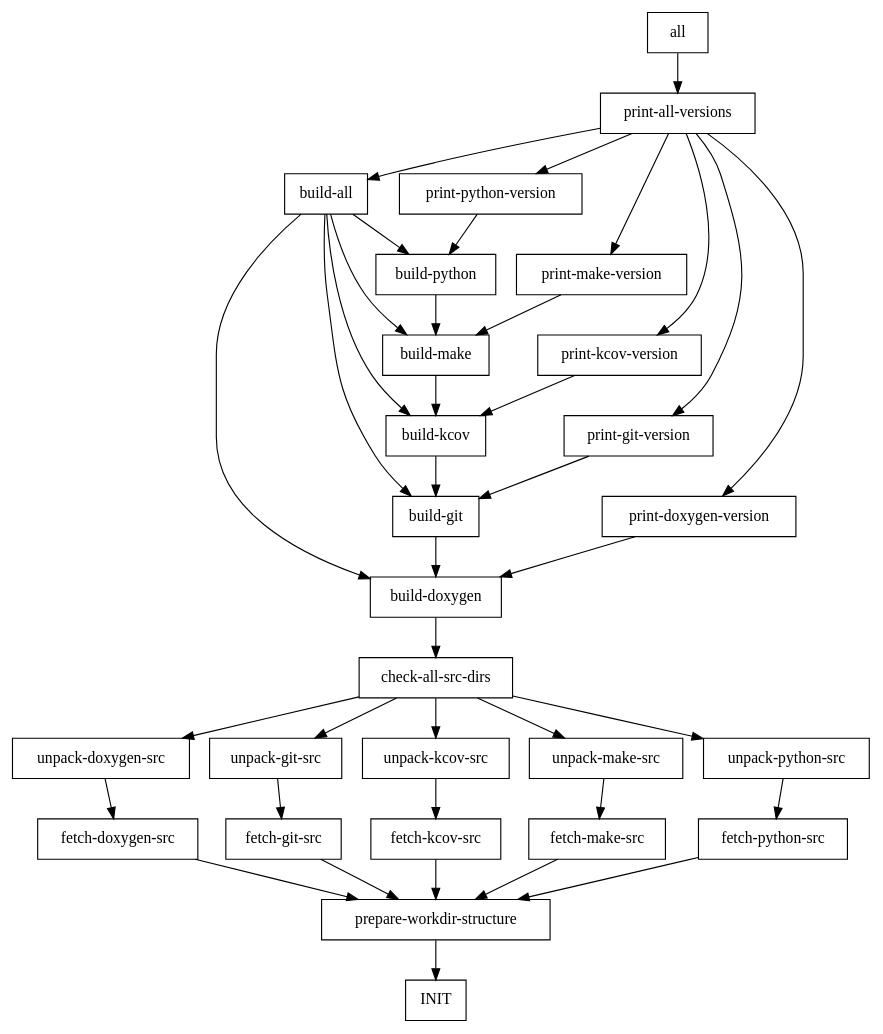
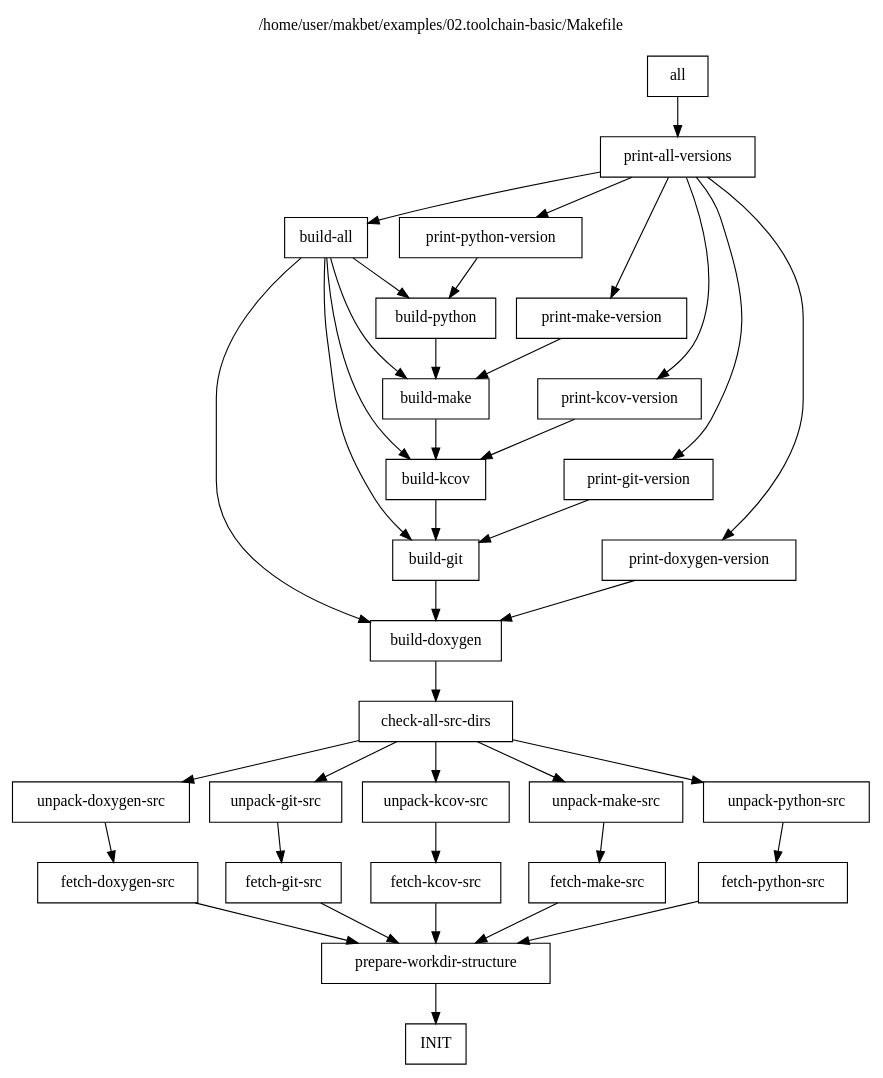
One commit to skaluzka/makbet changed the diagram in docs/examples/02.toolchain-basic/results.dot. Above: the diagram before and after it, drawn with Graphviz. The commit also changed other lines of this file and 9 other files, not shown here.

```diff
--- a/docs/examples/02.toolchain-basic/results.dot
+++ b/docs/examples/02.toolchain-basic/results.dot
@@ -1,78 +1,80 @@
-
 digraph {
 
-	// Generated automatically by makbet heads/master-0-g351d0e3
-	// Generation date: Sat 08 Aug 2020 10:51:10 PM CEST
+	// Generated automatically by makbet heads/master-0-g88262d1
+	// Generation date: Wed 19 Aug 2020 01:21:07 AM CEST
 	// Input: /home/user/makbet/examples/02.toolchain-basic/Makefile
+
+	// Graph title.
+	labelloc="t";
+	label="/home/user/makbet/examples/02.toolchain-basic/Makefile\n\n"
 
 	node [shape=box];
 
 	"all" -> "print-all-versions";
 
 	"build-all" -> "build-doxygen";
 	"build-all" -> "build-git";
 	"build-all" -> "build-kcov";
 	"build-all" -> "build-make";
 	"build-all" -> "build-python";
 
 	"build-doxygen" -> "check-all-src-dirs";
 
 	"build-git" -> "build-doxygen";
 
 	"build-kcov" -> "build-git";
 
 	"build-make" -> "build-kcov";
 
 	"build-python" -> "build-make";
 
 	"check-all-src-dirs" -> "unpack-doxygen-src";
 	"check-all-src-dirs" -> "unpack-git-src";
 	"check-all-src-dirs" -> "unpack-kcov-src";
 	"check-all-src-dirs" -> "unpack-make-src";
 	"check-all-src-dirs" -> "unpack-python-src";
 
 	"fetch-doxygen-src" -> "prepare-workdir-structure";
 
 	"fetch-git-src" -> "prepare-workdir-structure";
 
 	"fetch-kcov-src" -> "prepare-workdir-structure";
 
 	"fetch-make-src" -> "prepare-workdir-structure";
 
 	"fetch-python-src" -> "prepare-workdir-structure";
 
 	"INIT";
 
 	"prepare-workdir-structure" -> "INIT";
 
 	"print-all-versions" -> "build-all";
 	"print-all-versions" -> "print-doxygen-version";
 	"print-all-versions" -> "print-git-version";
 	"print-all-versions" -> "print-kcov-version";
 	"print-all-versions" -> "print-make-version";
 	"print-all-versions" -> "print-python-version";
 
 	"print-doxygen-version" -> "build-doxygen";
 
 	"print-git-version" -> "build-git";
 
 	"print-kcov-version" -> "build-kcov";
 
 	"print-make-version" -> "build-make";
 
 	"print-python-version" -> "build-python";
 
 	"unpack-doxygen-src" -> "fetch-doxygen-src";
 
 	"unpack-git-src" -> "fetch-git-src";
 
 	"unpack-kcov-src" -> "fetch-kcov-src";
 
 	"unpack-make-src" -> "fetch-make-src";
 
 	"unpack-python-src" -> "fetch-python-src";
 
-
 	// End of file
 
 }
```
